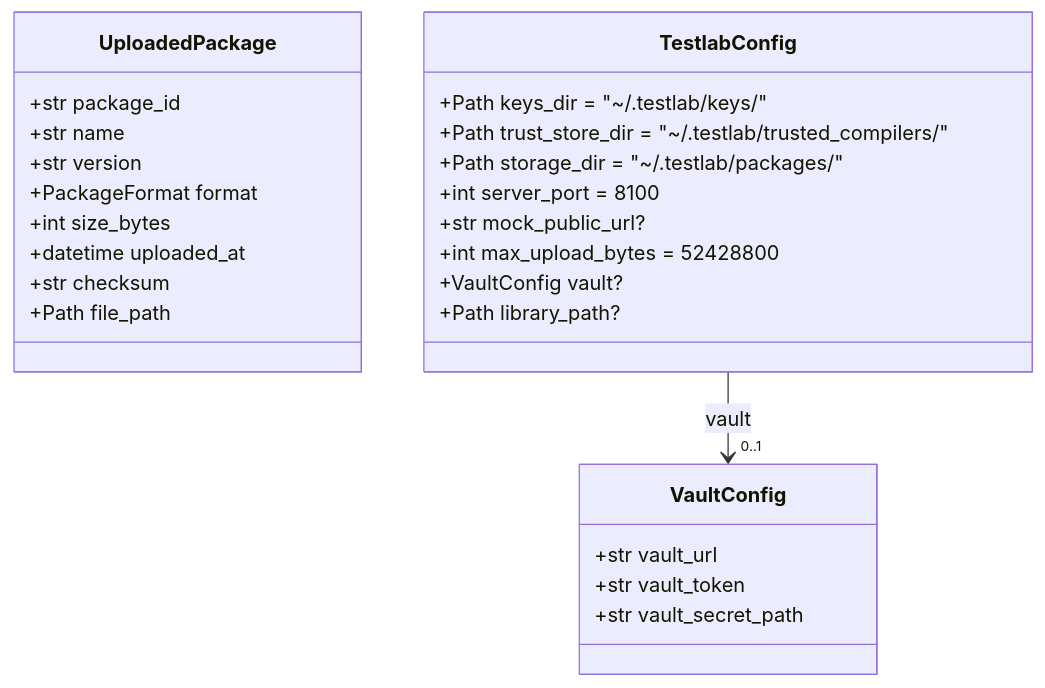
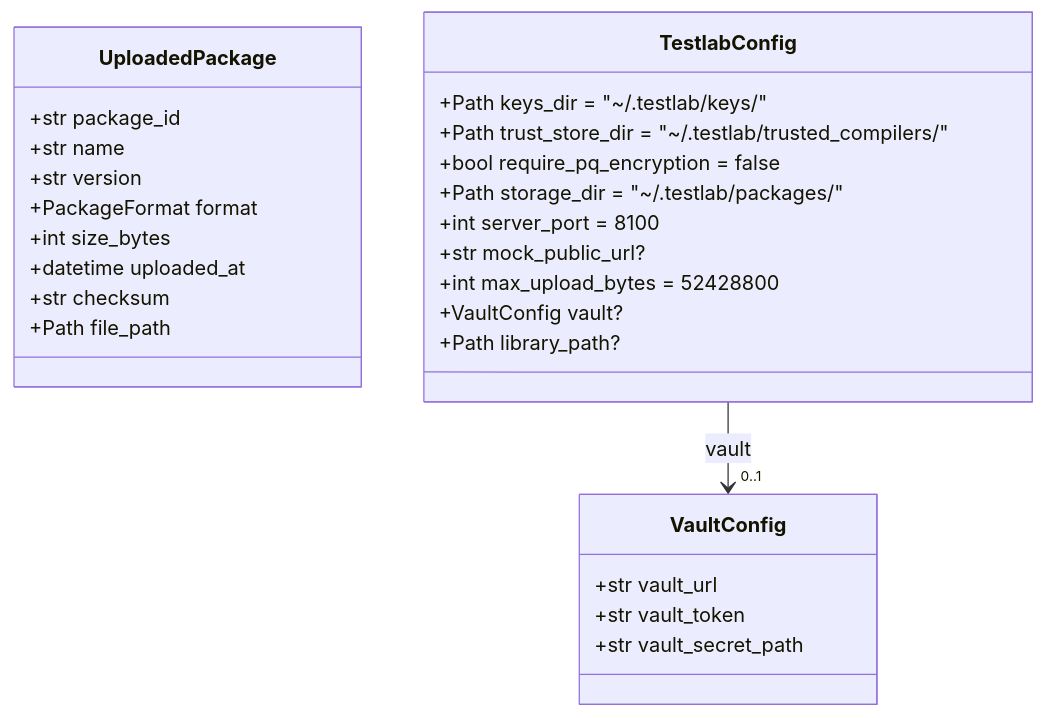
Before and after one commit to eclipse-tractusx/tractusx-testlab: the second of 8 diagrams in docs/specification/specification/data-models.md, drawn with Mermaid. The commit also changed other lines of this file and 32 other files, not shown here.

````diff
--- a/docs/specification/specification/data-models.md
+++ b/docs/specification/specification/data-models.md
@@ -161,32 +166,33 @@
 ```mermaid
 classDiagram
     class UploadedPackage {
         +str package_id
         +str name
         +str version
         +PackageFormat format
         +int size_bytes
         +datetime uploaded_at
         +str checksum
         +Path file_path
     }
 
     class VaultConfig {
         +str vault_url
         +str vault_token
         +str vault_secret_path
     }
 
     class TestlabConfig {
         +Path keys_dir = "~/.testlab/keys/"
         +Path trust_store_dir = "~/.testlab/trusted_compilers/"
+        +bool require_pq_encryption = false
         +Path storage_dir = "~/.testlab/packages/"
         +int server_port = 8100
         +str mock_public_url?
         +int max_upload_bytes = 52428800
         +VaultConfig vault?
         +Path library_path?
     }
 
     TestlabConfig --> "0..1" VaultConfig : vault
 ```
````
